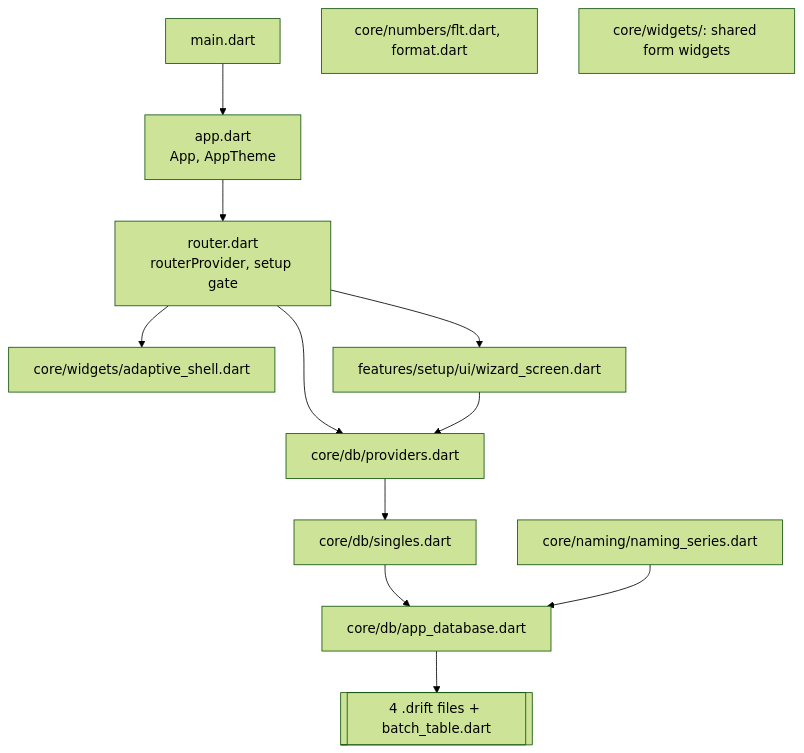
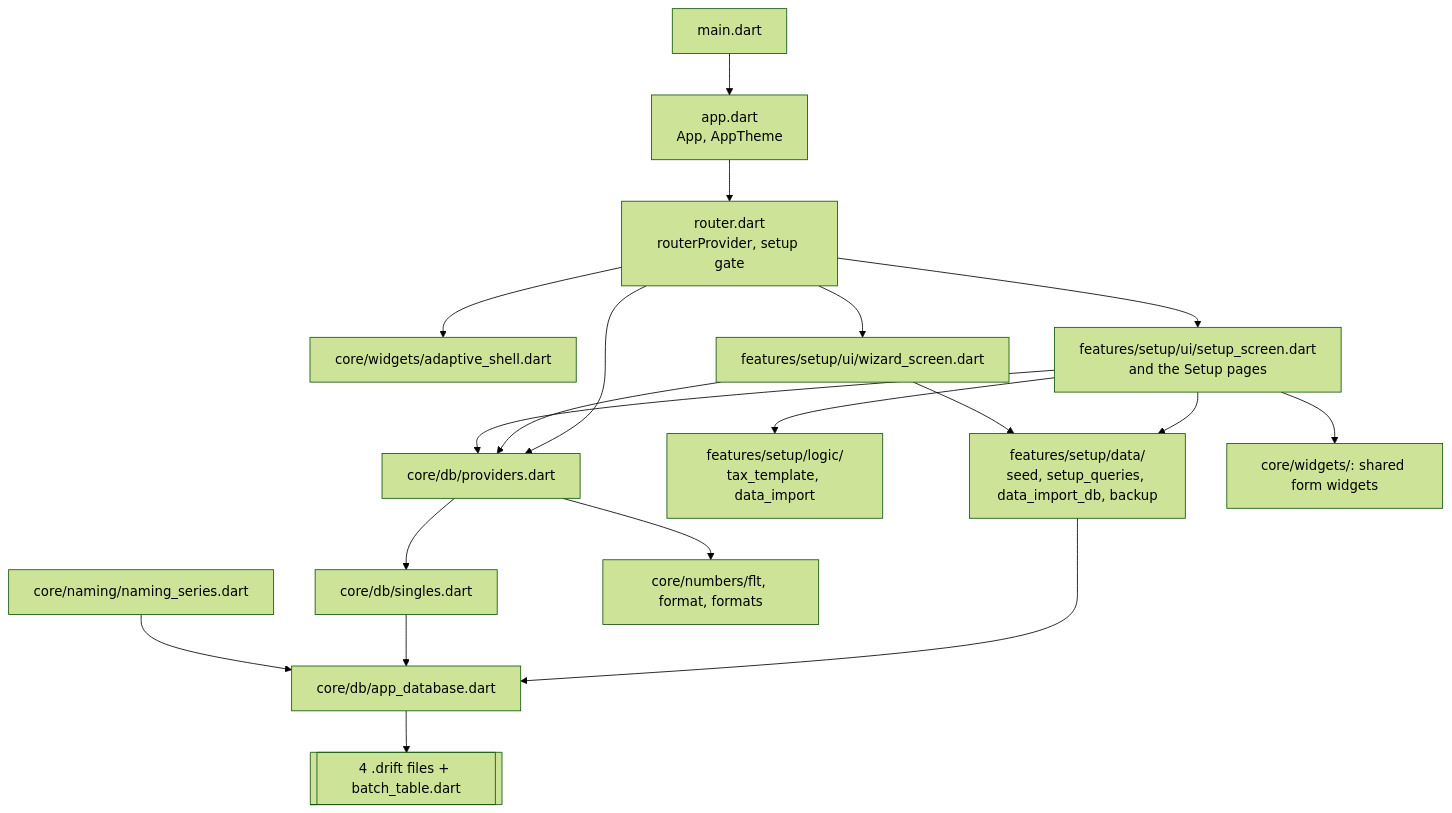
The second of 3 diagrams in .claude/erpnext-planner/system-documentation.md (haroisded/Rx-Merchant), drawn with Mermaid (forest theme) before and after one commit. The commit also changed other lines of this file and 88 other files, not shown here.

````diff
--- a/.claude/erpnext-planner/system-documentation.md
+++ b/.claude/erpnext-planner/system-documentation.md
@@ -246,15 +284,21 @@
 ```mermaid
 flowchart TD
     main[main.dart] --> App[app.dart<br/>App, AppTheme]
     App --> Router[router.dart<br/>routerProvider, setup gate]
     Router --> Shell[core/widgets/adaptive_shell.dart]
     Router --> Wizard[features/setup/ui/wizard_screen.dart]
+    Router --> SetupUi[features/setup/ui/setup_screen.dart<br/>and the Setup pages]
     Router --> Providers[core/db/providers.dart]
     Wizard --> Providers
+    SetupUi --> Providers
+    SetupUi --> Logic[features/setup/logic/<br/>tax_template, data_import]
+    SetupUi --> SetupData[features/setup/data/<br/>seed, setup_queries, data_import_db, backup]
+    Wizard --> SetupData
+    SetupData --> Database
     Providers --> Singles[core/db/singles.dart]
     Singles --> Database[core/db/app_database.dart]
     Naming[core/naming/naming_series.dart] --> Database
     Database --> Drift[[4 .drift files + batch_table.dart]]
-    Numbers[core/numbers/flt.dart, format.dart]
-    Widgets[core/widgets/: shared form widgets]
+    Providers --> Numbers[core/numbers/flt, format, formats]
+    SetupUi --> Widgets[core/widgets/: shared form widgets]
 ```
````
